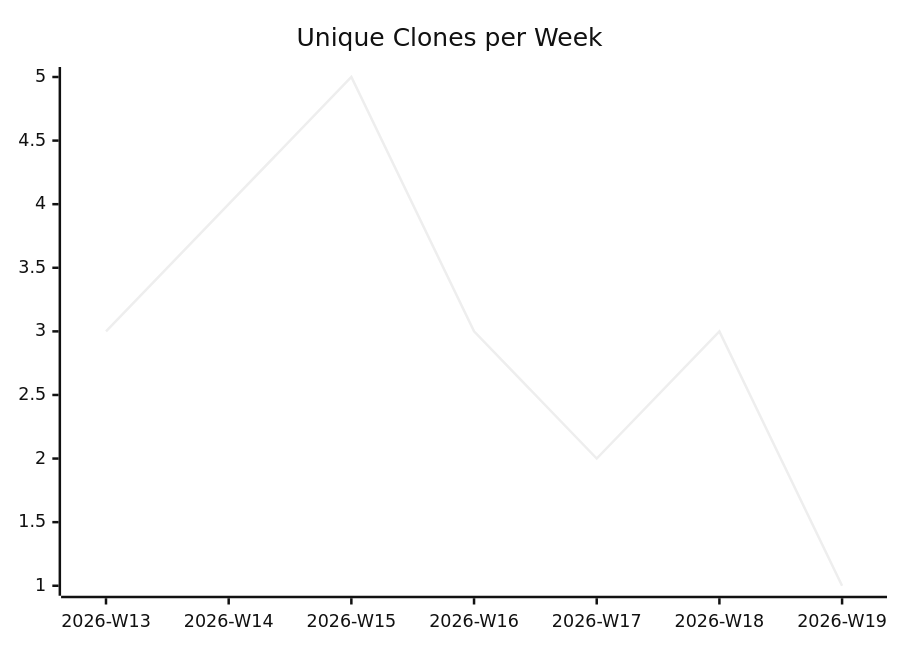
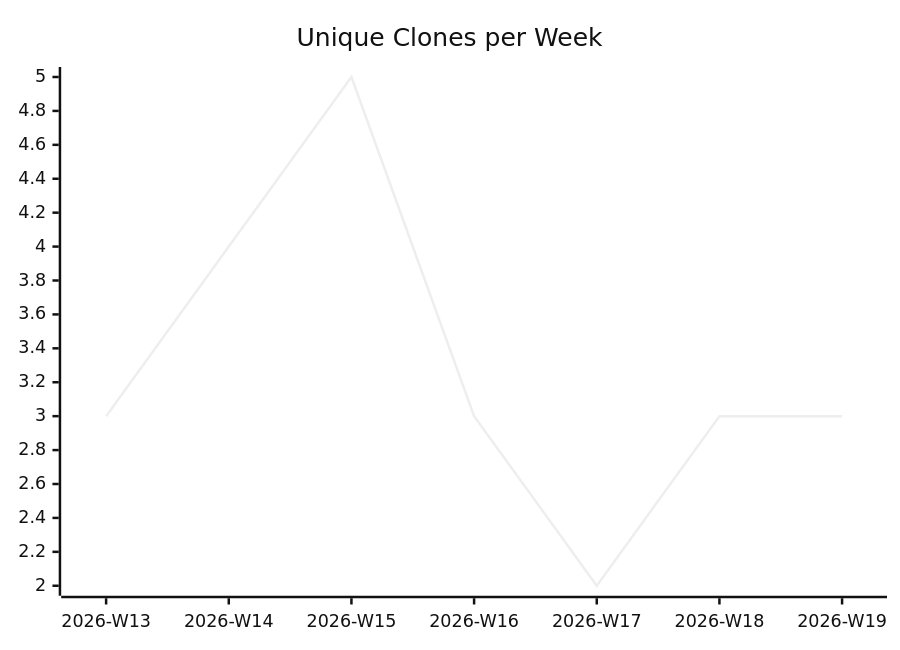
Before and after one commit to justdavis-family/github-analytics-data: the third of 3 diagrams in karlmdavis/justdavis-karl/README.md, drawn with Mermaid (neutral theme). The commit also changed other lines of this file and 192 other files, not shown here.

````diff
--- a/karlmdavis/justdavis-karl/README.md
+++ b/karlmdavis/justdavis-karl/README.md
@@ -19,6 +19,6 @@
 ```mermaid
 xychart-beta
   title "Unique Clones per Week"
   x-axis ["2026-W13", "2026-W14", "2026-W15", "2026-W16", "2026-W17", "2026-W18", "2026-W19"]
-  line [3, 4, 5, 3, 2, 3, 1]
+  line [3, 4, 5, 3, 2, 3, 3]
 ```
````
